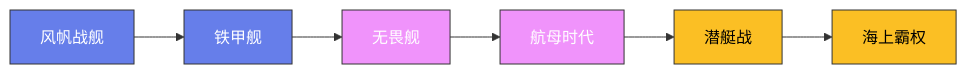
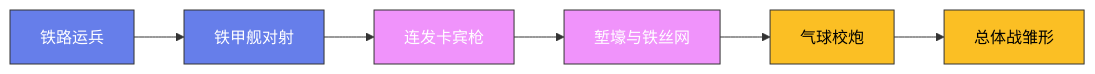
Before and after one commit to Fengur/Fengur.github.io: the diagram in content/posts/ModelCreate/军事史/08-美国内战.md, drawn with Mermaid. The commit also changed other lines of this file and 118 other files, not shown here.

````diff
--- a/content/posts/ModelCreate/军事史/08-美国内战.md
+++ b/content/posts/ModelCreate/军事史/08-美国内战.md
@@ -43,16 +41,16 @@
 ```mermaid
 graph LR
-    A["风帆战舰"] --> B["铁甲舰"]
-    B --> C["无畏舰"]
-    C --> D["航母时代"]
-    D --> E["潜艇战"]
-    E --> F["海上霸权"]
+    A["铁路运兵"] --> B["铁甲舰对射"]
+    B --> C["连发卡宾枪"]
+    C --> D["堑壕与铁丝网"]
+    D --> E["气球校炮"]
+    E --> F["总体战雏形"]
 
     classDef early fill:#667eea,stroke:#333,color:white
     classDef mid fill:#f093fb,stroke:#333,color:white
     classDef modern fill:#fbbf24,stroke:#333,color:black
 
     class A,B early
     class C,D mid
     class E,F modern
 ```
````
